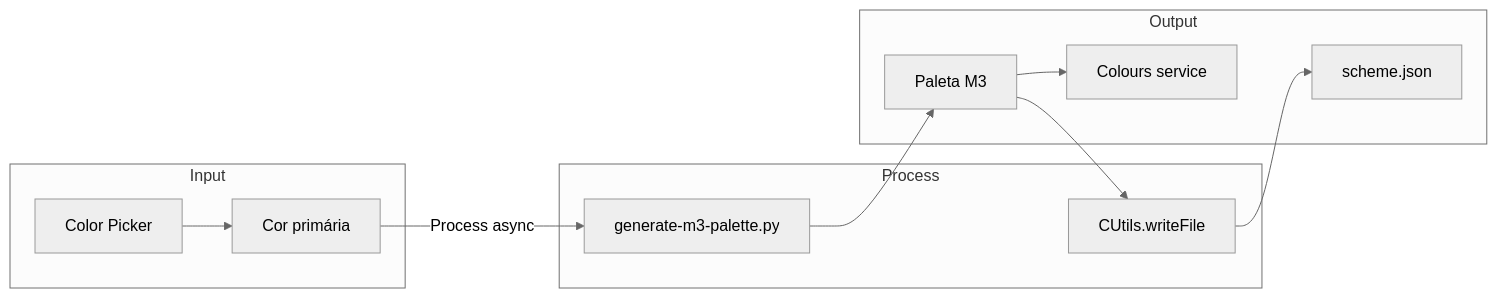
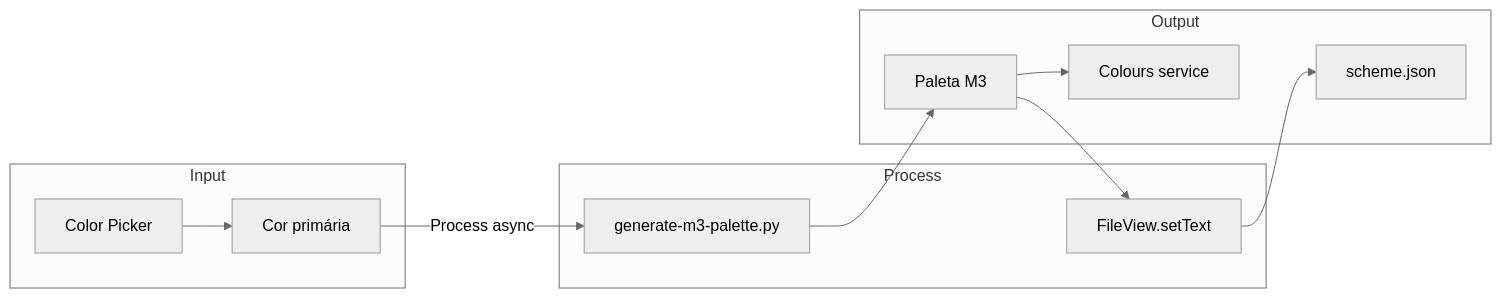
One commit to pereiraoc/shell changed the diagram in docs/plan-and-implementation/31-theme-customization.md. Above: the diagram before and after it, drawn with Mermaid (neutral theme). The commit also changed other lines of this file and 23 other files, not shown here.

````diff
--- a/docs/plan-and-implementation/31-theme-customization.md
+++ b/docs/plan-and-implementation/31-theme-customization.md
@@ -50,25 +50,25 @@
 ```mermaid
 flowchart LR
     subgraph Input [Input]
         Picker[Color Picker]
         Primary[Cor primária]
         Picker --> Primary
     end
     
     subgraph Process [Process]
         Py[generate-m3-palette.py]
-        CUtils[CUtils.writeFile]
+        FV[FileView.setText]
     end
     
     subgraph Output [Output]
         Palette[Paleta M3]
         Scheme[scheme.json]
         Colours[Colours service]
     end
     
     Primary -->|Process async| Py
     Py --> Palette
-    Palette --> CUtils
-    CUtils --> Scheme
+    Palette --> FV
+    FV --> Scheme
     Palette --> Colours
 ```
````
